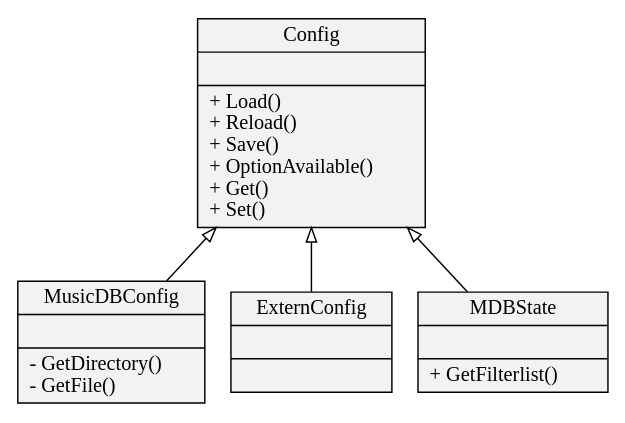
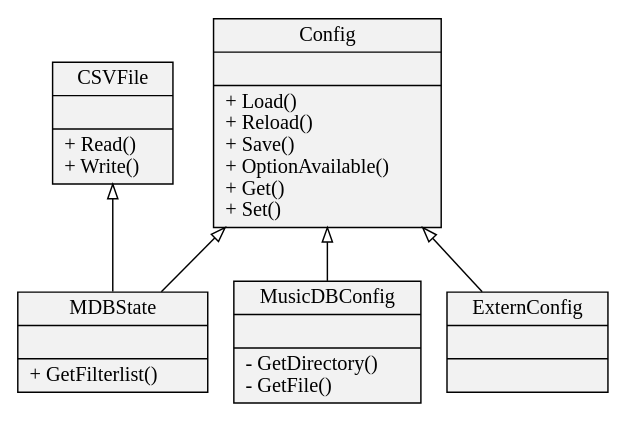
One commit to rstemmer/musicdb changed the diagram in docs/source/lib/config.rst. Above: the diagram before and after it, drawn with Graphviz. The commit also changed other lines of this file and 6 other files, not shown here.

```diff
--- a/docs/source/lib/config.rst
+++ b/docs/source/lib/config.rst
@@ -9,16 +9,18 @@
    .. graphviz::
 
       digraph hierarchy {
          size="5,5"
          node[shape=record,style=filled,fillcolor=gray95]
          edge[dir=back, arrowtail=empty]
 
+         csv      [label = "{CSVFile||+ Read()\l+ Write()\l}"]
          config   [label = "{Config||+ Load()\l+ Reload()\l+ Save()\l+ OptionAvailable()\l+ Get()\l+ Set()\l}"]
          musicdb  [label = "{MusicDBConfig||- GetDirectory()\l- GetFile()\l}"]
          extern   [label = "{ExternConfig||}"]
          mdbstate [label = "{MDBState||+ GetFilterlist()\l}"]
 
          config -> musicdb
          config -> extern
          config -> mdbstate
+         csv    -> mdbstate
       }
```
